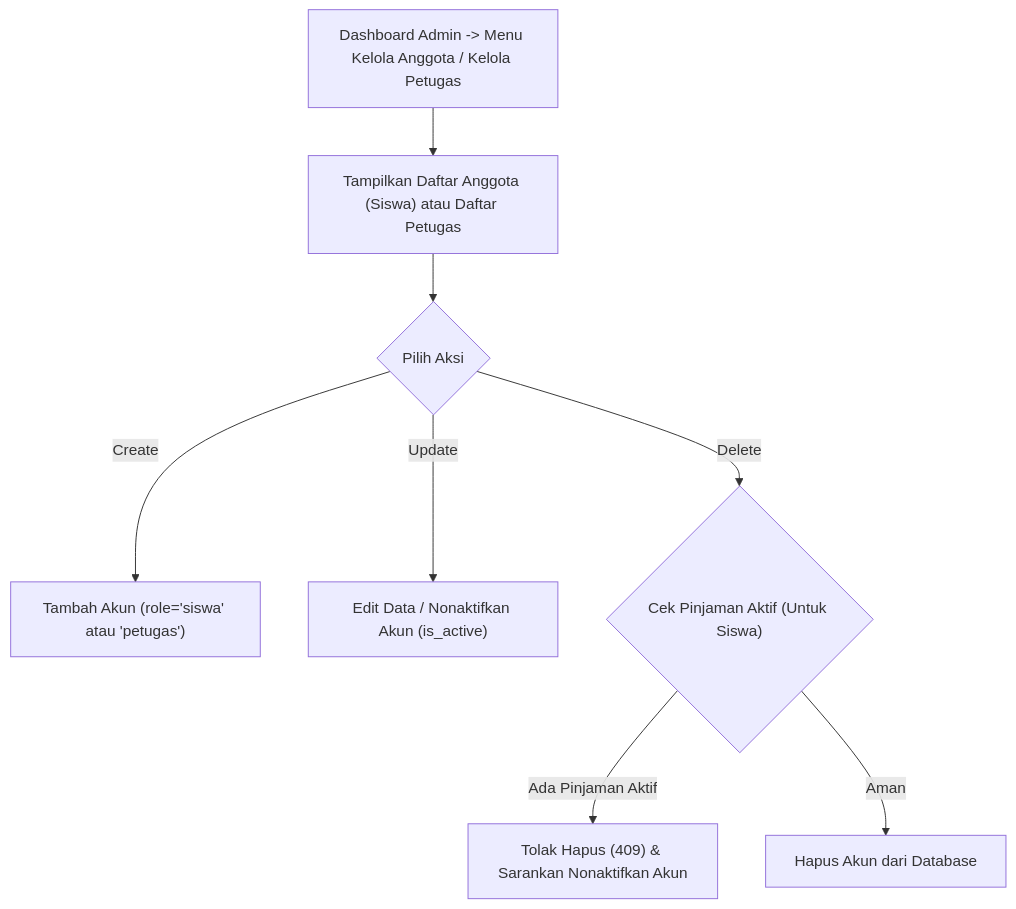
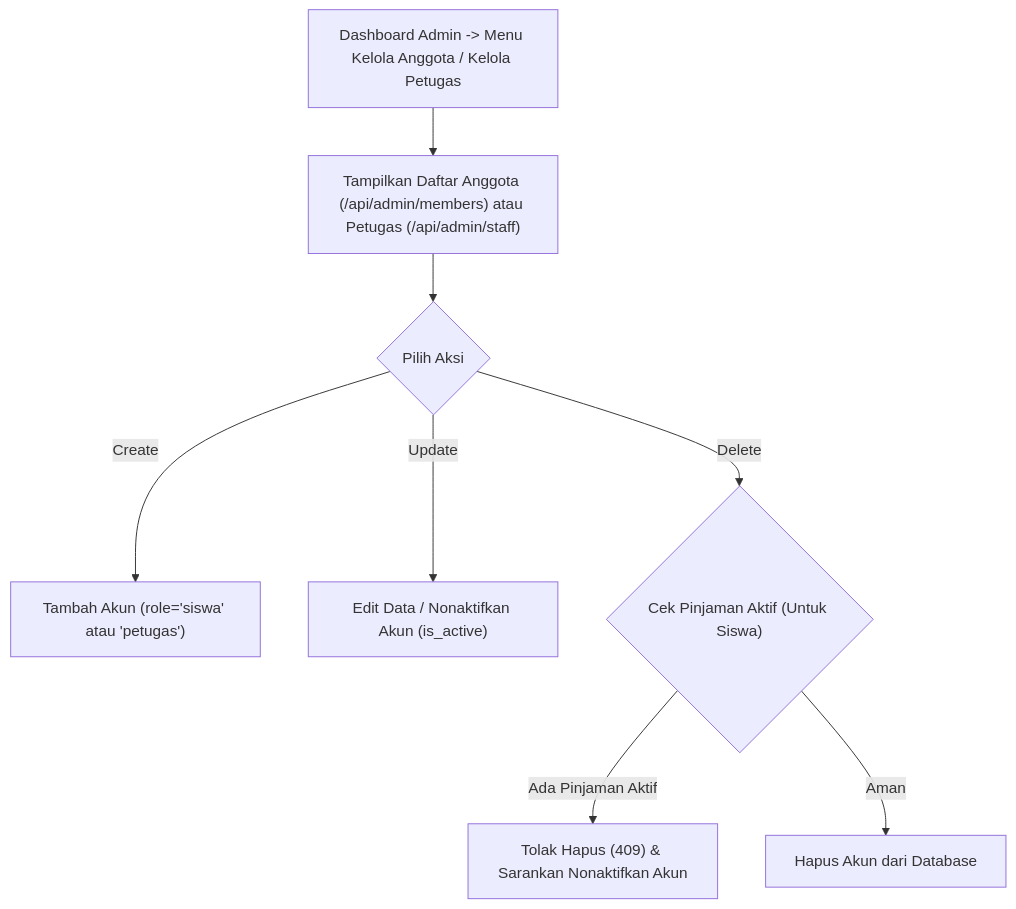
Before and after one commit to ardenpratamamaskuri404/Denvora-Lexora-App: the sixth of 7 diagrams in docs/planning/USER-FLOW.md, drawn with Mermaid. The commit also changed other lines of this file and 5 other files, not shown here.

````diff
--- a/docs/planning/USER-FLOW.md
+++ b/docs/planning/USER-FLOW.md
@@ -143,10 +143,10 @@
 ```mermaid
 flowchart TD
-    A["Dashboard Admin -> Menu Kelola Anggota / Kelola Petugas"] --> B["Tampilkan Daftar Anggota (Siswa) atau Daftar Petugas"]
+    A["Dashboard Admin -> Menu Kelola Anggota / Kelola Petugas"] --> B["Tampilkan Daftar Anggota (/api/admin/members) atau Petugas (/api/admin/staff)"]
     B --> C{"Pilih Aksi"}
     C -->|"Create"| D["Tambah Akun (role='siswa' atau 'petugas')"]
     C -->|"Update"| E["Edit Data / Nonaktifkan Akun (is_active)"]
     C -->|"Delete"| F{"Cek Pinjaman Aktif (Untuk Siswa)"}
     F -->|"Ada Pinjaman Aktif"| G["Tolak Hapus (409) & Sarankan Nonaktifkan Akun"]
     F -->|"Aman"| H["Hapus Akun dari Database"]
 ```
````
